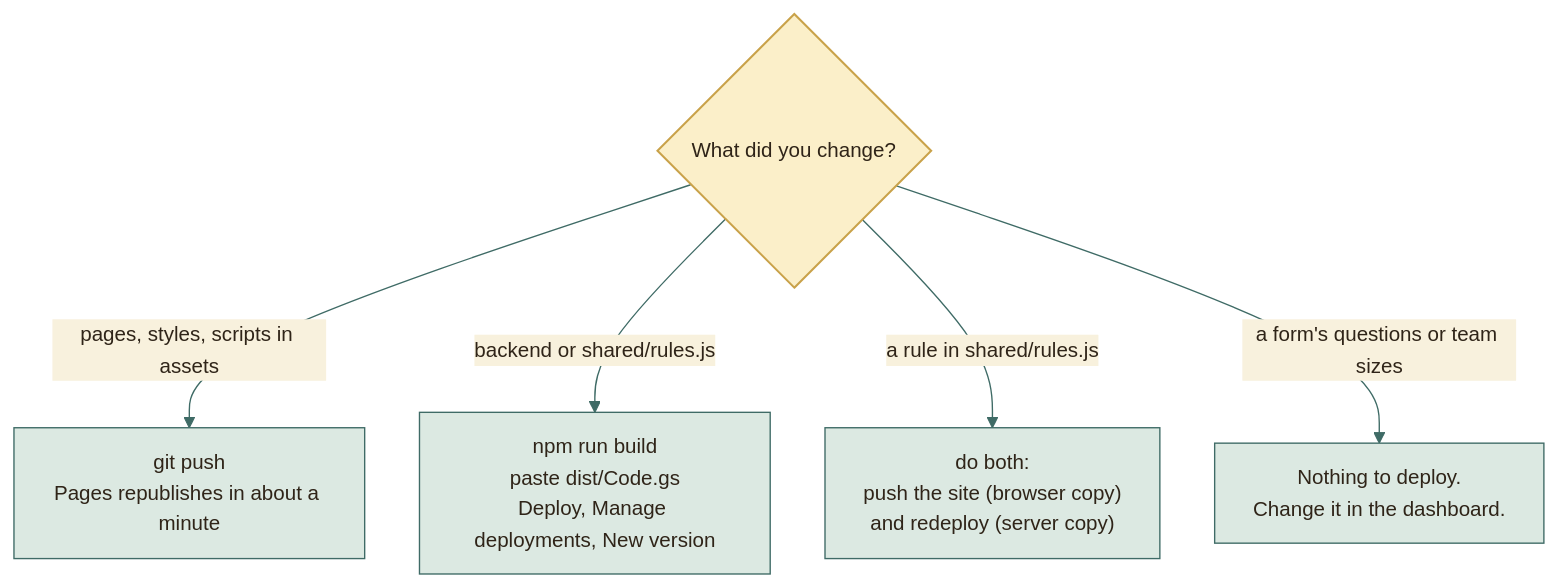
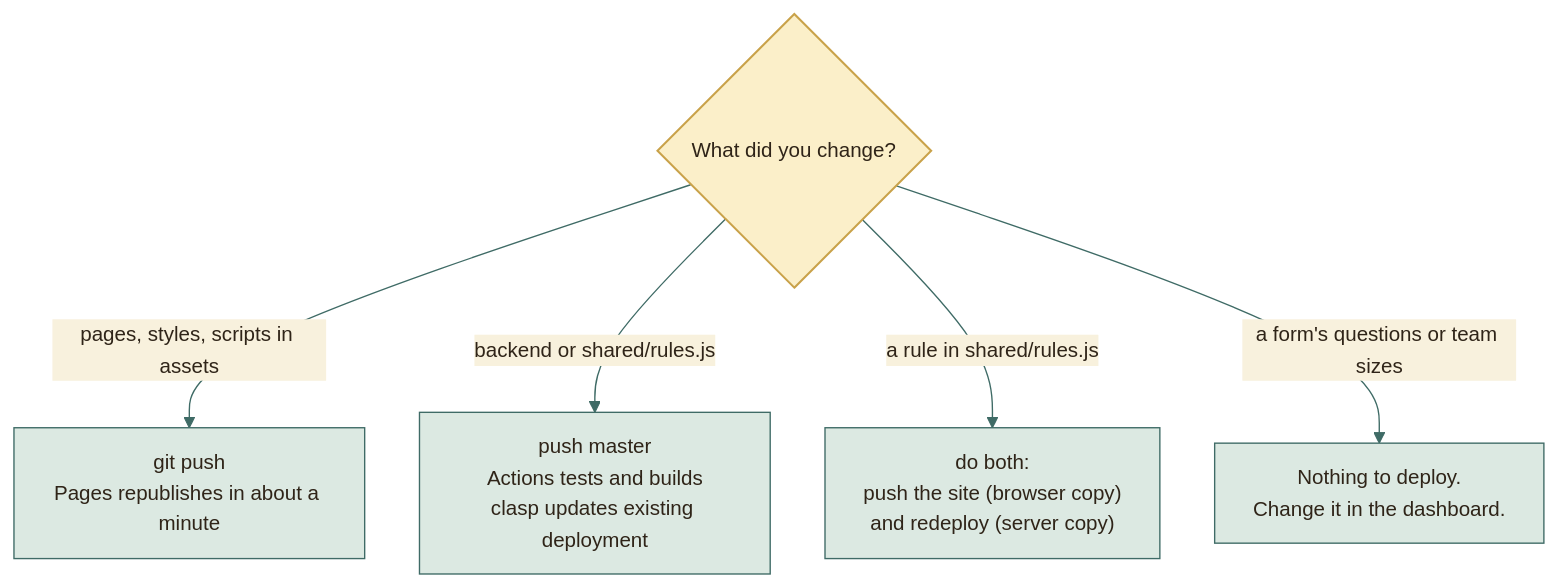
One commit to moyeh04/forms-platform changed the fourth of 4 diagrams in docs/architecture/HOSTING.md. Above: the diagram before and after it, drawn with Mermaid. The commit also changed other lines of this file and 14 other files, not shown here.

````diff
--- a/docs/architecture/HOSTING.md
+++ b/docs/architecture/HOSTING.md
@@ -240,37 +242,37 @@
 ```mermaid
 %%{init: {
   'theme': 'base',
   'themeVariables': {
     'fontFamily': 'ui-sans-serif, system-ui, -apple-system, Segoe UI, Roboto, sans-serif',
     'fontSize': '15px',
     'primaryColor': '#DCE9E2', 'primaryBorderColor': '#3F6B66', 'primaryTextColor': '#2F2418',
     'secondaryColor': '#F0E4C8', 'secondaryBorderColor': '#C9A24A', 'secondaryTextColor': '#2F2418',
     'tertiaryColor': '#F6EFDC', 'tertiaryBorderColor': '#CDBB94', 'tertiaryTextColor': '#2F2418',
     'lineColor': '#3F6B66', 'textColor': '#2F2418', 'mainBkg': '#DCE9E2', 'nodeBorder': '#3F6B66',
     'clusterBkg': '#F6EFDC', 'clusterBorder': '#CDBB94', 'titleColor': '#2F2418',
     'edgeLabelBackground': '#F8F1DD',
     'actorBkg': '#DCE9E2', 'actorBorder': '#3F6B66', 'actorTextColor': '#2F2418', 'actorLineColor': '#8FB3AB',
     'signalColor': '#477A73', 'signalTextColor': '#477A73',
     'labelBoxBkgColor': '#F0E4C8', 'labelBoxBorderColor': '#C9A24A', 'labelTextColor': '#2F2418', 'loopTextColor': '#6A5A44',
     'noteBkgColor': '#FBEFC9', 'noteBorderColor': '#C9A24A', 'noteTextColor': '#2F2418',
     'activationBkgColor': '#DCE9E2', 'activationBorderColor': '#3F6B66', 'sequenceNumberColor': '#F8F1DD',
     'transitionColor': '#3F6B66', 'stateLabelColor': '#2F2418', 'stateBkg': '#DCE9E2', 'altBackground': '#F6EFDC',
     'attributeBackgroundColorOdd': '#F8F1DD', 'attributeBackgroundColorEven': '#F0E4C8'
   },
   'flowchart': {'curve': 'basis', 'padding': 14, 'nodeSpacing': 40, 'rankSpacing': 46},
   'sequence': {'mirrorActors': false, 'messageMargin': 34, 'boxMargin': 8}
 }}%%
 flowchart TD
     q{"What did you change?"}
     q -- "pages, styles, scripts in assets" --> a1["git push<br/>Pages republishes in about a minute"]
-    q -- "backend or shared/rules.js" --> a2["npm run build<br/>paste dist/Code.gs<br/>Deploy, Manage deployments, New version"]
+    q -- "backend or shared/rules.js" --> a2["push master<br/>Actions tests and builds<br/>clasp updates existing deployment"]
     q -- "a rule in shared/rules.js" --> a3["do both:<br/>push the site (browser copy)<br/>and redeploy (server copy)"]
     q -- "a form's questions or team sizes" --> a4["Nothing to deploy.<br/>Change it in the dashboard."]
     classDef cDb fill:#F3E2B3,stroke:#B8892D,stroke-width:1.5px,color:#2F2418
     classDef cActor fill:#F4D9D3,stroke:#9A3328,stroke-width:1.5px,color:#2F2418
     classDef cDec fill:#FBEFC9,stroke:#C9A24A,stroke-width:1.5px,color:#2F2418
     classDef cEnd fill:#2F2418,stroke:#2F2418,color:#F8F1DD
     classDef cErr fill:#F6D5CF,stroke:#A12B1F,stroke-width:1.5px,color:#5A140C
     classDef cOk fill:#BFD9CF,stroke:#2E5A55,stroke-width:1.5px,color:#17302D
     class q cDec
 ```
````
